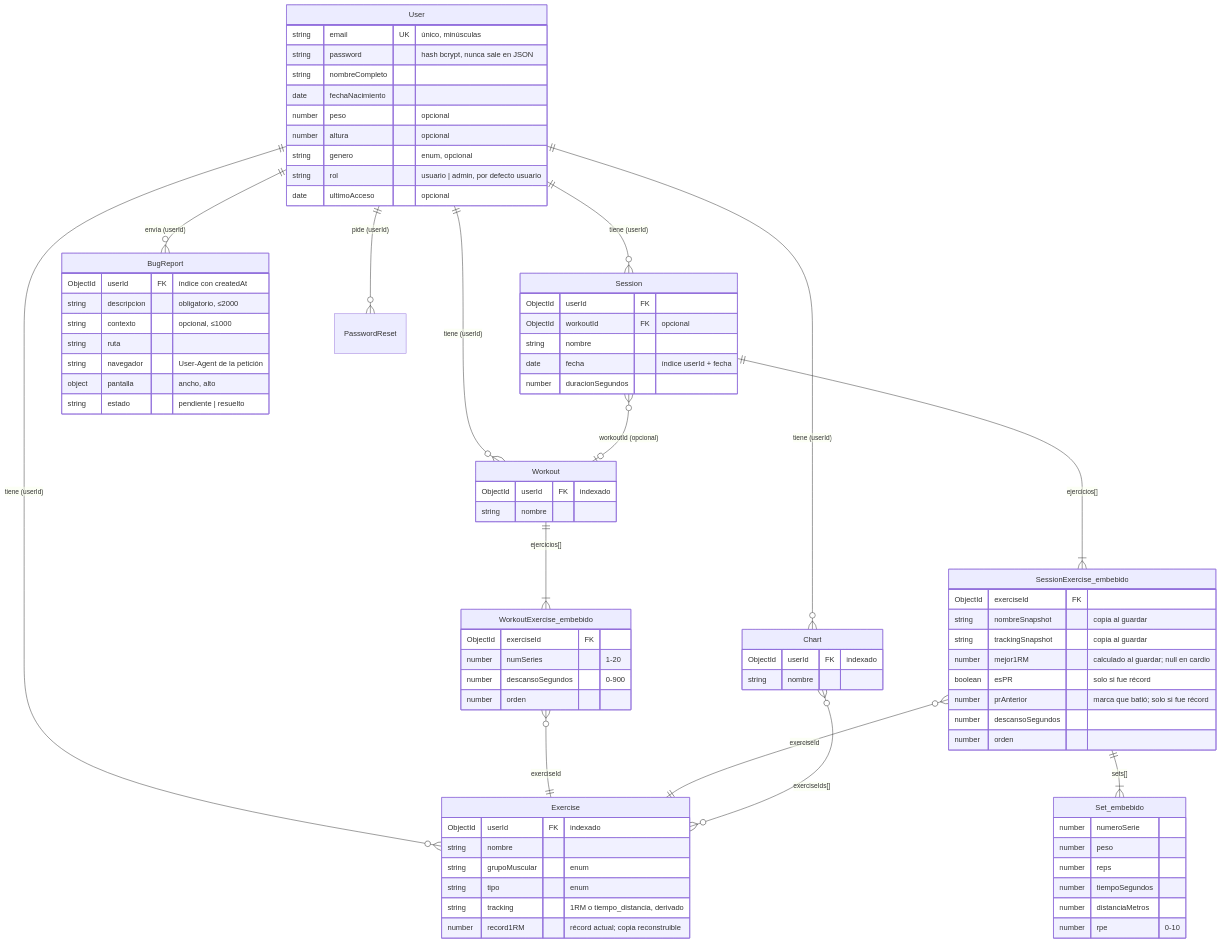
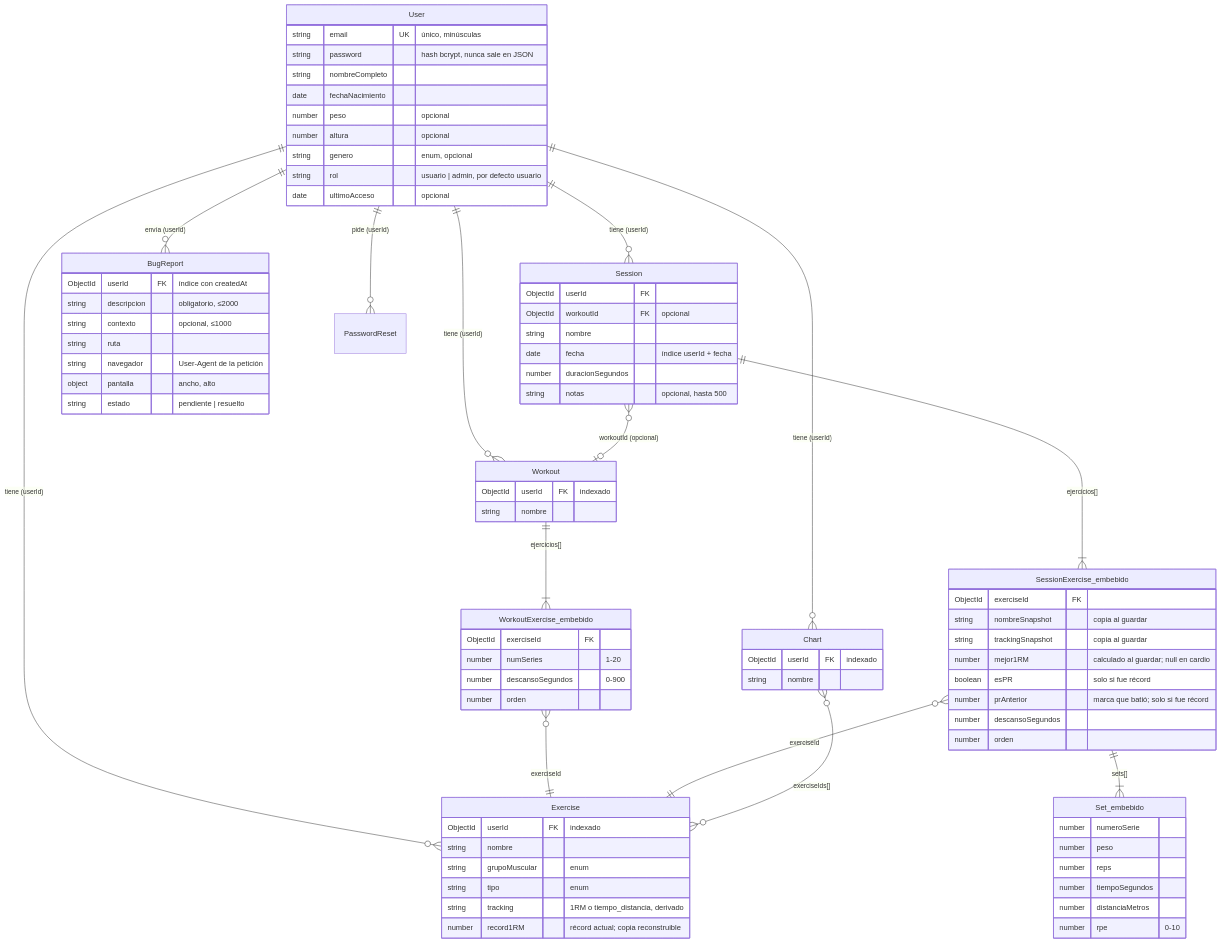
The first of 7 diagrams in docs/modelo-datos.md (daviddhernandez2/yieldfit), drawn with Mermaid before and after one commit. The commit also changed other lines of this file and 4 other files, not shown here.

```diff
--- a/docs/modelo-datos.md
+++ b/docs/modelo-datos.md
@@ -63,6 +63,7 @@
         string nombre
         date fecha "índice userId + fecha"
         number duracionSegundos
+        string notas "opcional, hasta 500"
     }
     SessionExercise_embebido {
         ObjectId exerciseId FK
```
